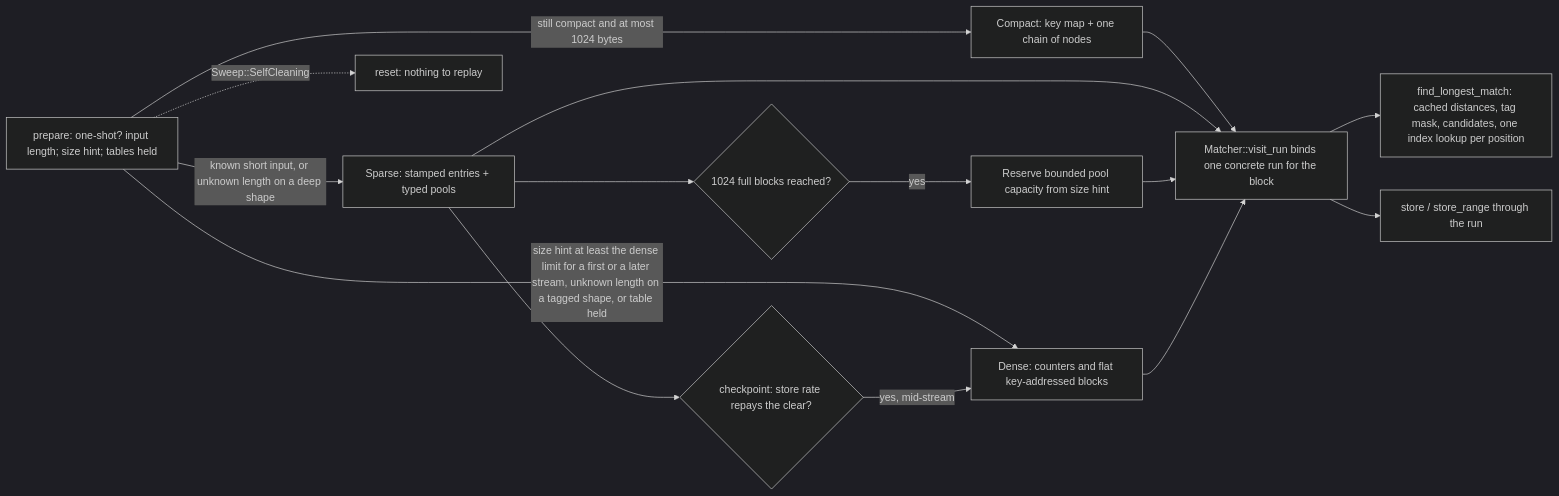
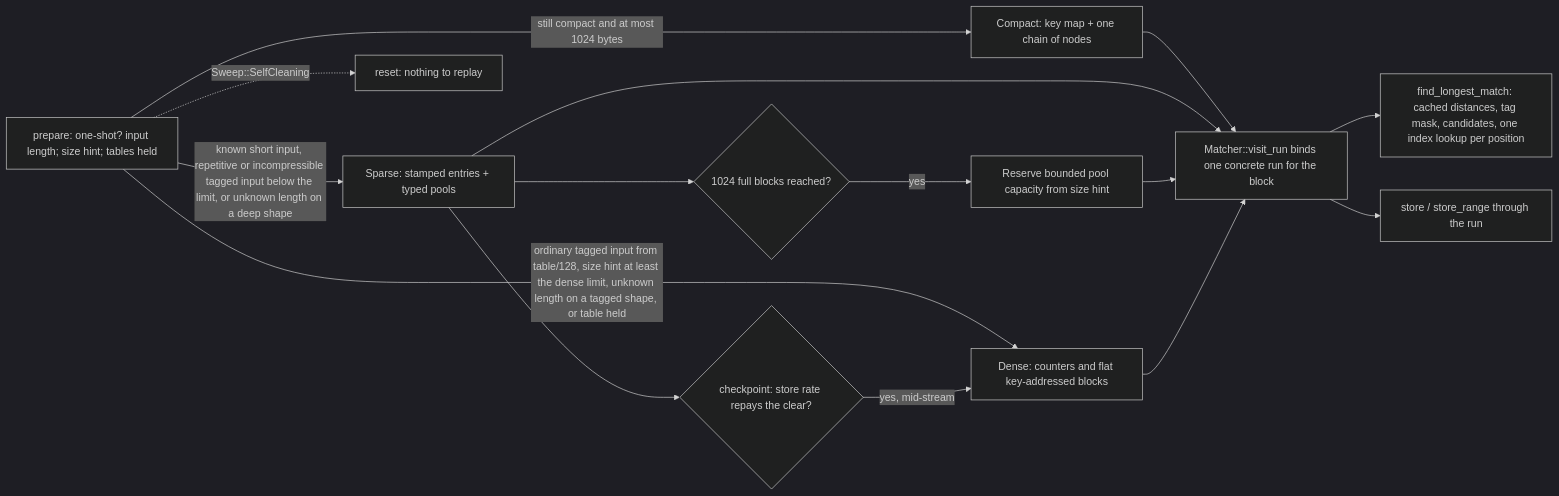
Before and after one commit to M-Compressors/mbrotli: the tenth of 19 diagrams in architecture/greedy-encoder.md, drawn with Mermaid (dark theme). The commit also changed other lines of this file and 178 other files, not shown here.

````diff
--- a/architecture/greedy-encoder.md
+++ b/architecture/greedy-encoder.md
@@ -530,17 +584,17 @@
 ```mermaid
 flowchart LR
     prepare[prepare: one-shot? input length; size hint; tables held] -->|still compact and at most 1024 bytes| compact[Compact: key map + one chain of nodes]
-    prepare -->|known short input, or unknown length on a deep shape| sparse[Sparse: stamped entries + typed pools]
-    prepare -->|size hint at least the dense limit for a first or a later stream, unknown length on a tagged shape, or table held| dense[Dense: counters and flat key-addressed blocks]
+    prepare -->|known short input, repetitive or incompressible tagged input below the limit, or unknown length on a deep shape| sparse[Sparse: stamped entries + typed pools]
+    prepare -->|ordinary tagged input from table/128, size hint at least the dense limit, unknown length on a tagged shape, or table held| dense[Dense: counters and flat key-addressed blocks]
     compact --> run[Matcher::visit_run binds one concrete run for the block]
     sparse --> run
     sparse --> checkpoint{checkpoint: store rate repays the clear?}
     checkpoint -->|yes, mid-stream| dense
     sparse --> promoted{1024 full blocks reached?}
     promoted -->|yes| reserve[Reserve bounded pool capacity from size hint]
     reserve --> run
     dense --> run
     run --> search[find_longest_match: cached distances, tag mask, candidates, one index lookup per position]
     run --> store[store / store_range through the run]
     prepare -. Sweep::SelfCleaning .-> reset[reset: nothing to replay]
 ```
````
